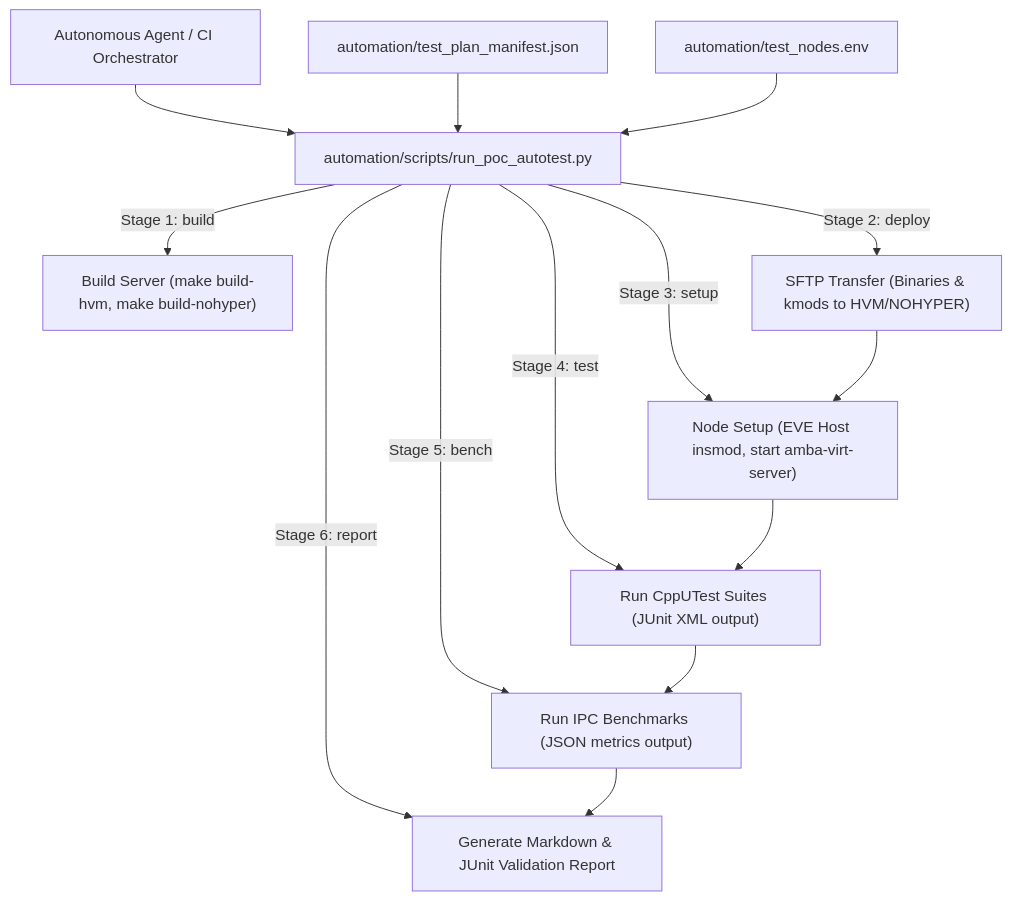
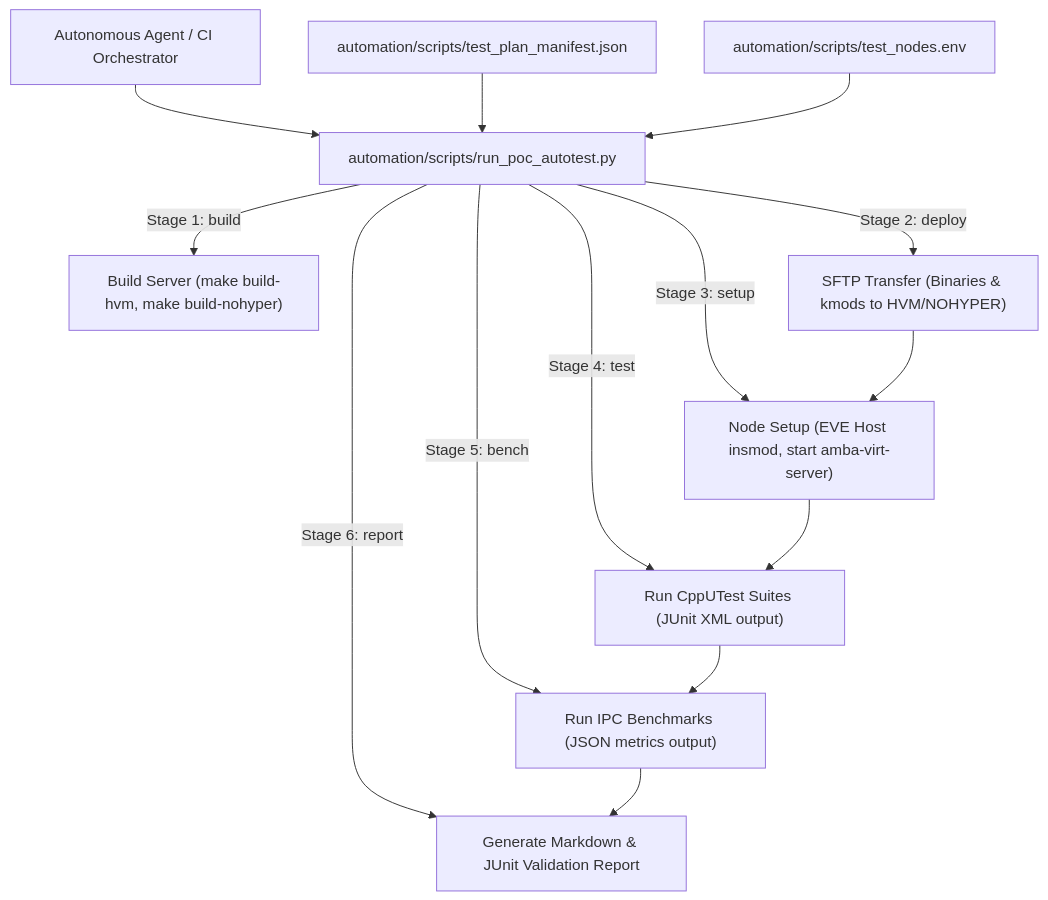
One commit to cchiou-amba/amba-virt changed the second of 2 diagrams in doc/PoCVirtualDrivers.md. Above: the diagram before and after it, drawn with Mermaid. The commit also changed 17 other files, not shown here.

````diff
--- a/doc/PoCVirtualDrivers.md
+++ b/doc/PoCVirtualDrivers.md
@@ -178,23 +178,23 @@
 ```mermaid
 flowchart TD
   Agent["Autonomous Agent / CI Orchestrator"]
-  Manifest["automation/test_plan_manifest.json"]
-  Env["automation/test_nodes.env"]
+  Manifest["automation/scripts/test_plan_manifest.json"]
+  Env["automation/scripts/test_nodes.env"]
   Script["automation/scripts/run_poc_autotest.py"]
 
   Agent --> Script
   Manifest --> Script
   Env --> Script
 
   Script -->|Stage 1: build| BuildSrv["Build Server (make build-hvm, make build-nohyper)"]
   Script -->|Stage 2: deploy| Deploy["SFTP Transfer (Binaries & kmods to HVM/NOHYPER)"]
   Script -->|Stage 3: setup| NodeSetup["Node Setup (EVE Host insmod, start amba-virt-server)"]
   Script -->|Stage 4: test| RunTests["Run CppUTest Suites (JUnit XML output)"]
   Script -->|Stage 5: bench| RunBench["Run IPC Benchmarks (JSON metrics output)"]
   Script -->|Stage 6: report| Report["Generate Markdown & JUnit Validation Report"]
 
   Deploy --> NodeSetup
   NodeSetup --> RunTests
   RunTests --> RunBench
   RunBench --> Report
 ```
````
